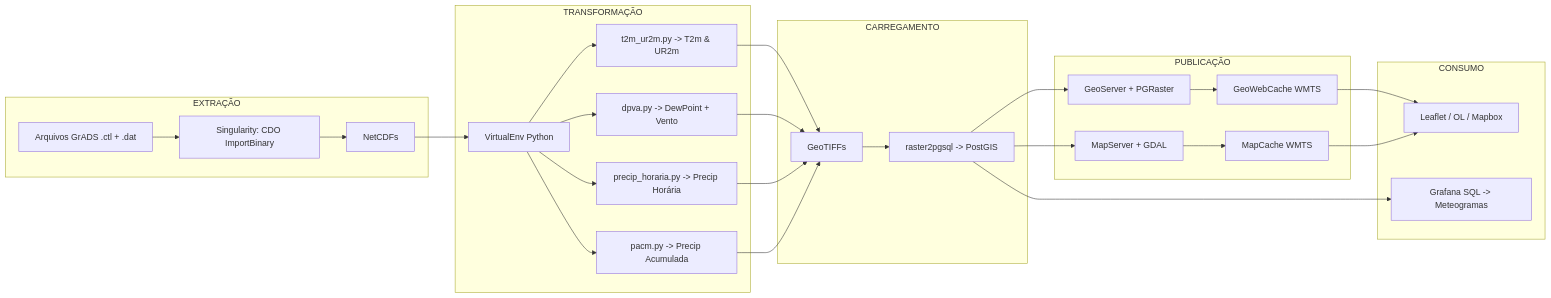
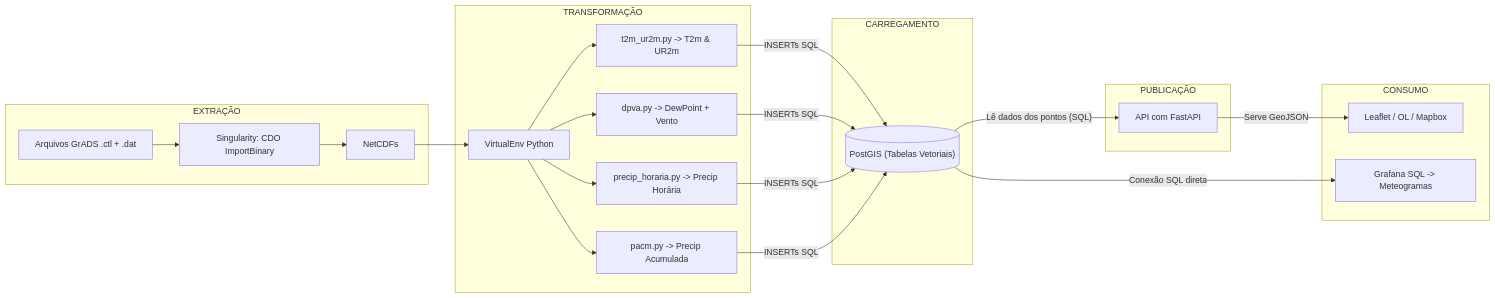
One commit to AndersonGACFilho/CEMPA-CTL-GRA-extractor-api changed the first of 2 diagrams in Documents/Visão Geral - ETL/Ideação ETL.md. Above: the diagram before and after it, drawn with Mermaid. The commit also changed other lines of this file, not shown here.

````diff
--- a/Documents/Visão Geral - ETL/Ideação ETL.md
+++ b/Documents/Visão Geral - ETL/Ideação ETL.md
@@ -17,34 +24,28 @@
 ```mermaid
-flowchart LR
+graph LR
   subgraph EXTRAÇÃO
-    A1[Arquivos GrADS .ctl + .dat]
-    A2[Singularity: CDO ImportBinary]
-    A1 --> A2
-    A2 --> B1[NetCDFs]
+    A1["Arquivos GrADS .ctl + .dat"] --> A2["Singularity: CDO ImportBinary"];
+    A2 --> B1["NetCDFs"];
   end
 
   subgraph TRANSFORMAÇÃO
-    B1 --> C1[VirtualEnv Python]
-    C1 --> C2[t2m_ur2m.py -> T2m & UR2m]
-    C1 --> C3[dpva.py -> DewPoint + Vento]
-    C1 --> C4[precip_horaria.py -> Precip Horária]
-    C1 --> C5[pacm.py -> Precip Acumulada]
+    B1 --> C1["VirtualEnv Python"];
+    C1 --> C2["t2m_ur2m.py -> T2m & UR2m"];
+    C1 --> C3["dpva.py -> DewPoint + Vento"];
+    C1 --> C4["precip_horaria.py -> Precip Horária"];
+    C1 --> C5["pacm.py -> Precip Acumulada"];
   end
 
   subgraph CARREGAMENTO
-    C2 & C3 & C4 & C5 --> D1[GeoTIFFs]
-    D1 --> D2[raster2pgsql -> PostGIS]
+    C2 & C3 & C4 & C5 -- "INSERTs SQL" --> D1[("PostGIS (Tabelas Vetoriais)")];
   end
 
   subgraph PUBLICAÇÃO
-    D2 --> E1[GeoServer + PGRaster]
-    E1 --> E2[GeoWebCache WMTS]
-    D2 --> F1[MapServer + GDAL]
-    F1 --> F2[MapCache WMTS]
+    D1 -- "Lê dados dos pontos (SQL)" --> E1["API com FastAPI"];
   end
 
   subgraph CONSUMO
-    E2 & F2 --> G1[Leaflet / OL / Mapbox]
-    D2 --> G2[Grafana SQL -> Meteogramas]
+    E1 -- "Serve GeoJSON" --> G1["Leaflet / OL / Mapbox"];
+    D1 -- "Conexão SQL direta" --> G2["Grafana SQL -> Meteogramas"];
   end
 ```
````
